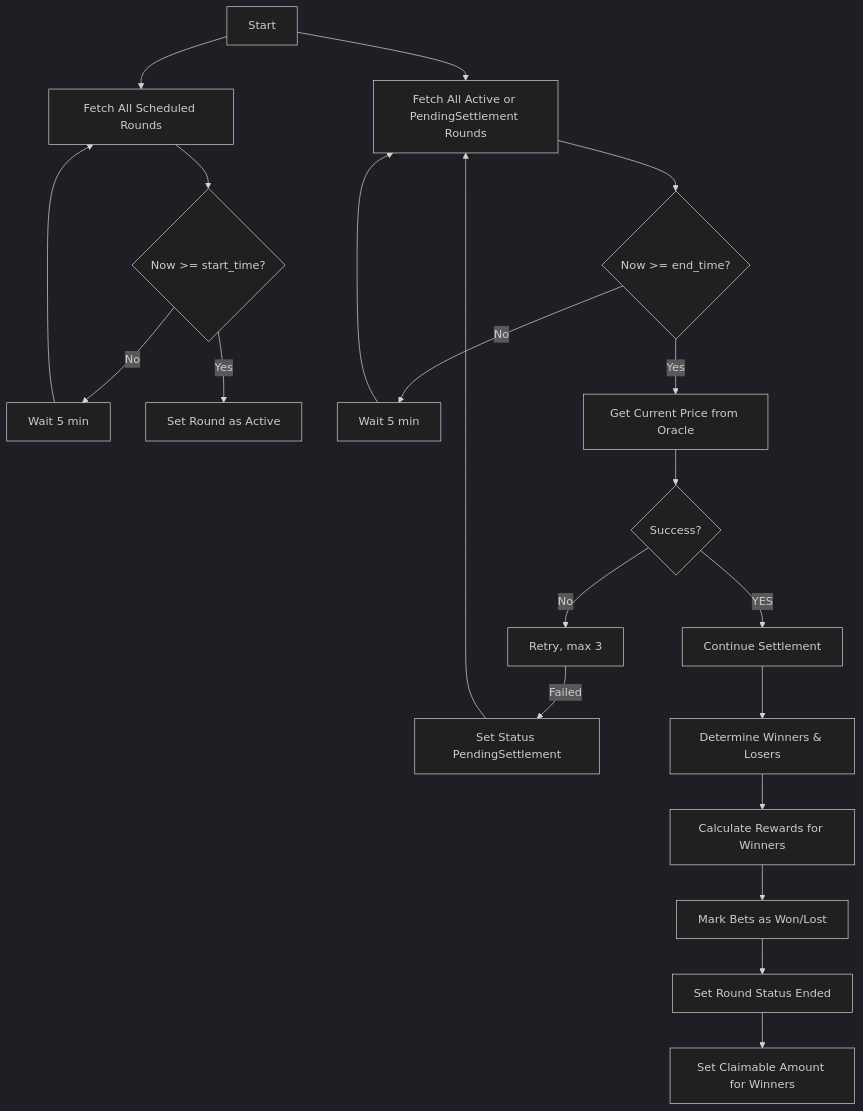
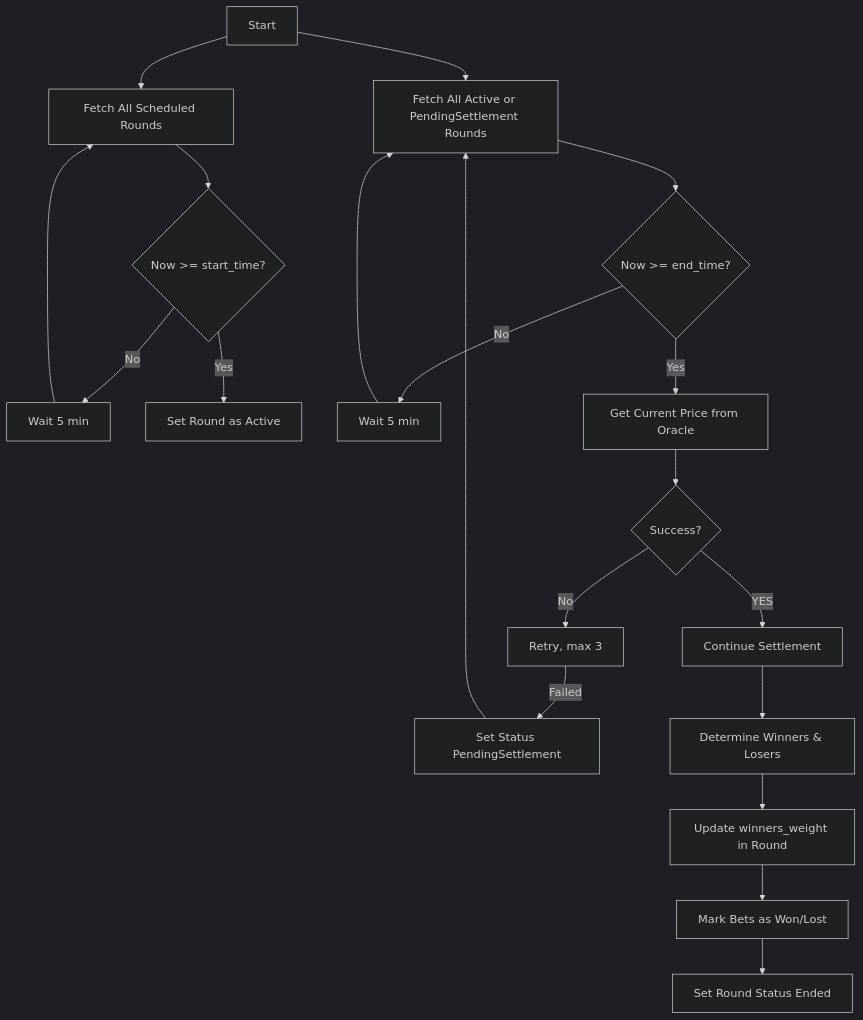
Before and after one commit to muhammad-akbrrr/gold-rush-smartcontract: the sixth of 7 diagrams in README.md, drawn with Mermaid (dark theme). The commit also changed other lines of this file, not shown here.

````diff
--- a/README.md
+++ b/README.md
@@ -260,24 +277,23 @@
 ```mermaid
 flowchart TD
     A[Start] --> B[Fetch All Scheduled Rounds]
     B --> C{Now >= start_time?}
     C -- No --> B1[Wait 5 min] --> B
     C -- Yes --> D[Set Round as Active]
 
     %% Settlement path
     A --> E[Fetch All Active or PendingSettlement Rounds]
     E --> F{Now >= end_time?}
     F -- No --> E1[Wait 5 min] --> E
     F -- Yes --> G[Get Current Price from Oracle]
 
     G --> H{Success?}
     H -- No --> I[Retry, max 3]
     I -->|Failed| J[Set Status PendingSettlement] --> E
     H -- YES --> K[Continue Settlement]
 
     K --> L[Determine Winners & Losers]
-    L --> M[Calculate Rewards for Winners]
+    L --> M[Update winners_weight in Round]
     M --> N[Mark Bets as Won/Lost]
     N --> O[Set Round Status Ended]
-    O --> P[Set Claimable Amount for Winners]
 ```
````
